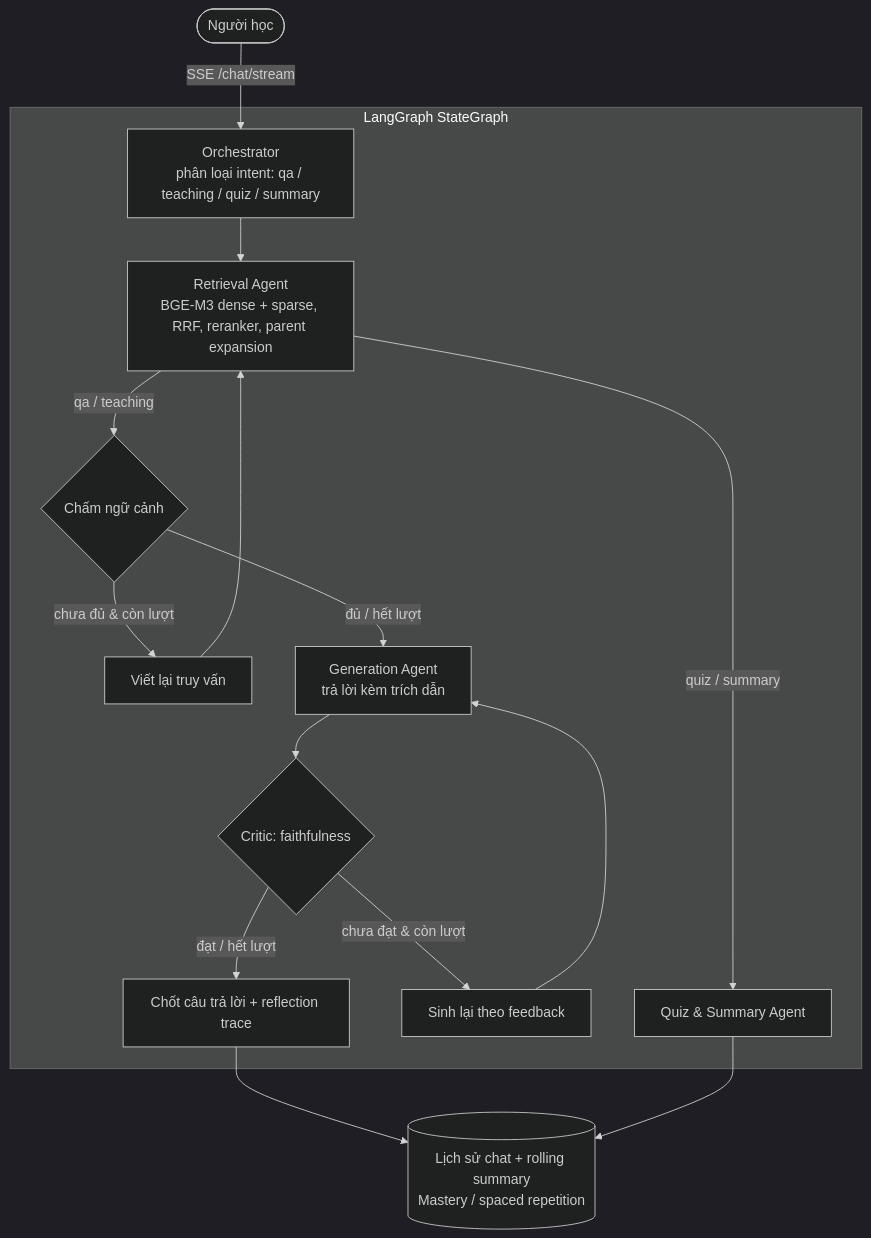
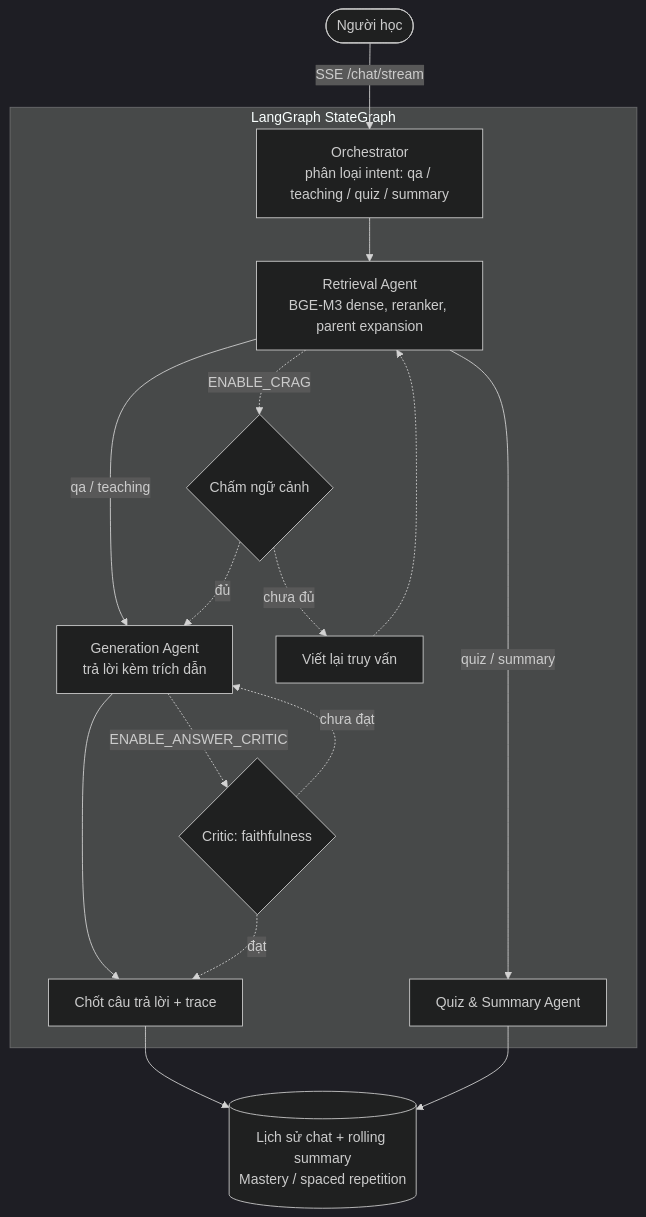
Before and after one commit to VinhDoan1604/StuQuiz: the diagram in README.vi.md, drawn with Mermaid (dark theme). The commit also changed other lines of this file and 13 other files, not shown here.

````diff
--- a/README.vi.md
+++ b/README.vi.md
@@ -29,22 +33,22 @@
 ```mermaid
 flowchart TD
     User([Người học]) -->|SSE /chat/stream| Orchestrator[Orchestrator<br/>phân loại intent: qa / teaching / quiz / summary]
 
     subgraph "LangGraph StateGraph"
-        Orchestrator --> Retrieval[Retrieval Agent<br/>BGE-M3 dense + sparse, RRF, reranker, parent expansion]
-        Retrieval -->|qa / teaching| GradeContext{Chấm ngữ cảnh}
+        Orchestrator --> Retrieval[Retrieval Agent<br/>BGE-M3 dense, reranker, parent expansion]
+        Retrieval -->|qa / teaching| Generation[Generation Agent<br/>trả lời kèm trích dẫn]
         Retrieval -->|quiz / summary| QuizSummary[Quiz & Summary Agent]
+        Generation --> Accept[Chốt câu trả lời + trace]
 
-        GradeContext -->|chưa đủ & còn lượt| RewriteQuery[Viết lại truy vấn]
-        RewriteQuery --> Retrieval
-        GradeContext -->|đủ / hết lượt| Generation[Generation Agent<br/>trả lời kèm trích dẫn]
-
-        Generation --> GradeAnswer{Critic: faithfulness}
-        GradeAnswer -->|chưa đạt & còn lượt| RetryGen[Sinh lại theo feedback]
-        RetryGen --> Generation
-        GradeAnswer -->|đạt / hết lượt| Accept[Chốt câu trả lời + reflection trace]
+        Retrieval -. ENABLE_CRAG .-> GradeContext{Chấm ngữ cảnh}
+        GradeContext -. chưa đủ .-> RewriteQuery[Viết lại truy vấn]
+        RewriteQuery -.-> Retrieval
+        GradeContext -. đủ .-> Generation
+        Generation -. ENABLE_ANSWER_CRITIC .-> GradeAnswer{Critic: faithfulness}
+        GradeAnswer -. chưa đạt .-> Generation
+        GradeAnswer -. đạt .-> Accept
     end
 
     Accept --> Memory[(Lịch sử chat + rolling summary<br/>Mastery / spaced repetition)]
     QuizSummary --> Memory
 ```
````
